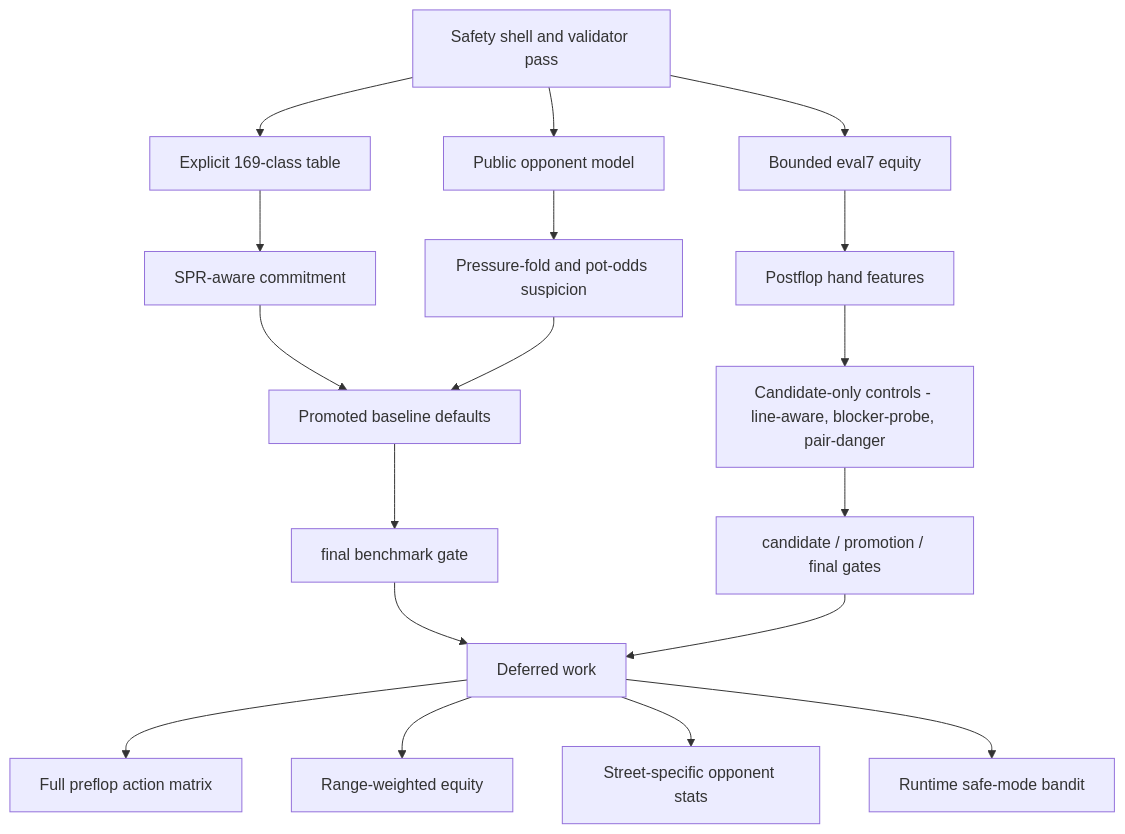
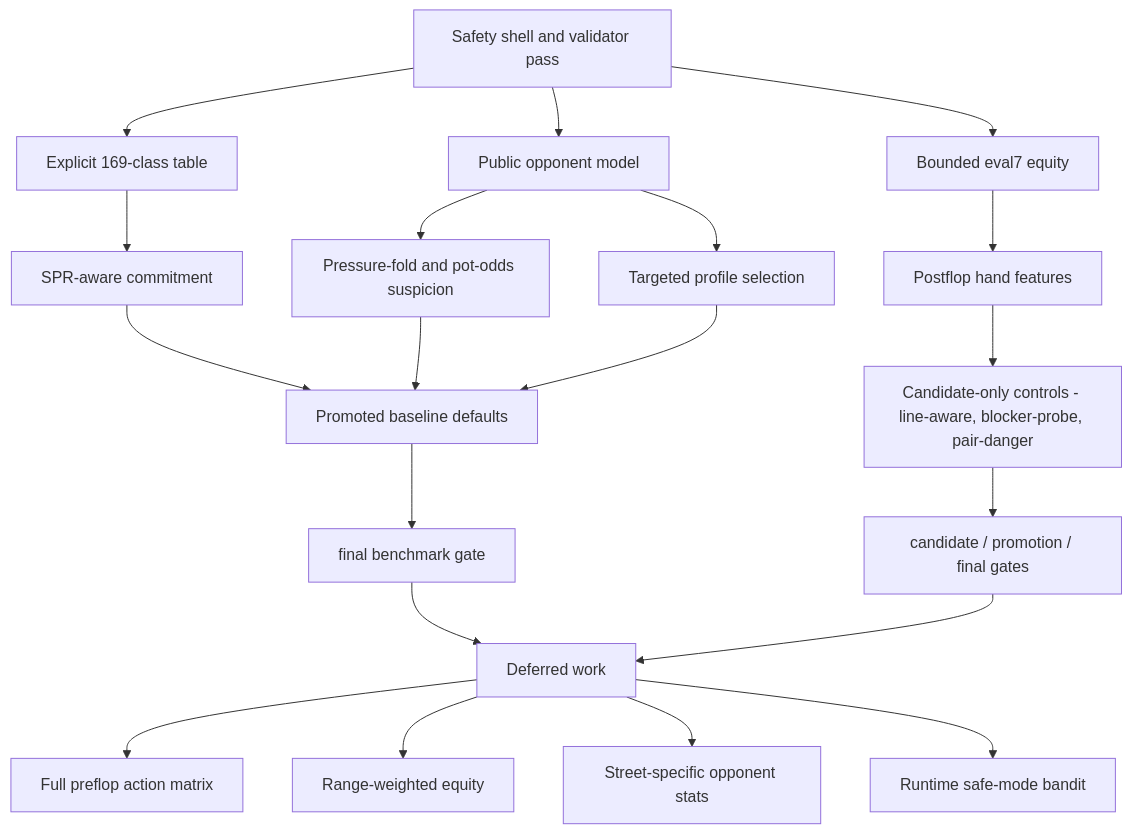
The diagram in docs/heuristic-improvement-backlog.md (kosunghun317/fullhouse-engine), drawn with Mermaid before and after one commit. The commit also changed other lines of this file and 9 other files, not shown here.

Commit message:
feat: add targeted profile gate for heuristic bot

````diff
--- a/docs/heuristic-improvement-backlog.md
+++ b/docs/heuristic-improvement-backlog.md
@@ -40,20 +41,22 @@
 ```mermaid
 graph TD
     Safety["Safety shell and validator pass"] --> Preflop["Explicit 169-class table"]
     Safety --> Equity["Bounded eval7 equity"]
     Safety --> Opponent["Public opponent model"]
     Preflop --> SPR["SPR-aware commitment"]
     Equity --> HandFeatures["Postflop hand features"]
     Opponent --> Pressure["Pressure-fold and pot-odds suspicion"]
+    Opponent --> TargetProfile["Targeted profile selection"]
     SPR --> Promoted["Promoted baseline defaults"]
     Pressure --> Promoted
+    TargetProfile --> Promoted
     HandFeatures --> Candidate["Candidate-only controls - line-aware, blocker-probe, pair-danger"]
     Promoted --> Benchmarks["final benchmark gate"]
     Candidate --> Gate["candidate / promotion / final gates"]
     Benchmarks --> Backlog["Deferred work"]
     Gate --> Backlog
     Backlog --> PreflopMatrix["Full preflop action matrix"]
     Backlog --> RangeEquity["Range-weighted equity"]
     Backlog --> StreetStats["Street-specific opponent stats"]
     Backlog --> RuntimeBandit["Runtime safe-mode bandit"]
 ```
````
